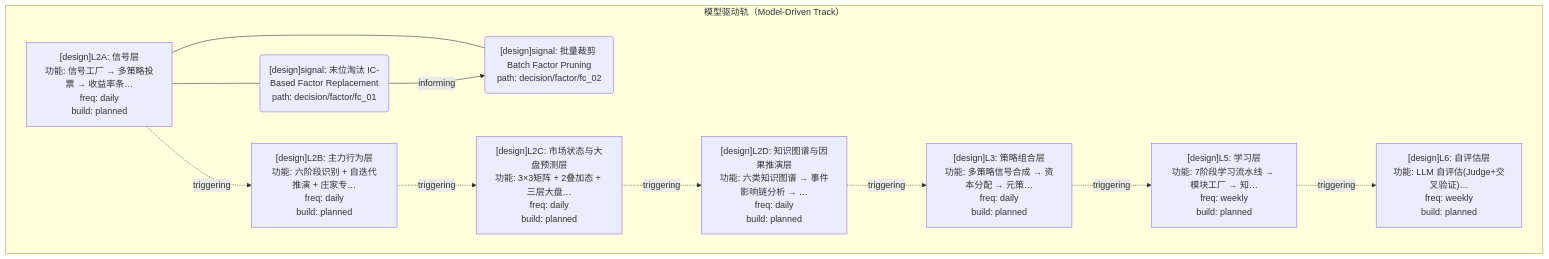
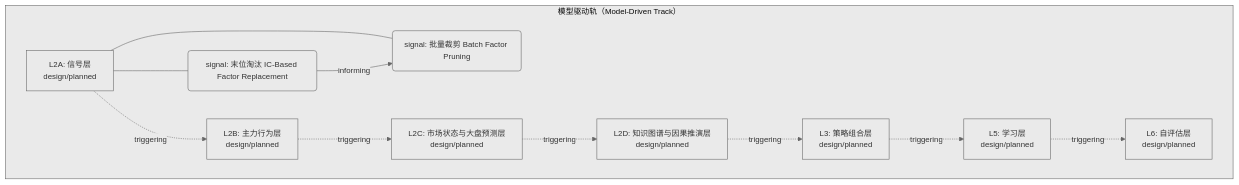
Before and after one commit to xuanFelixVan/ZephyrAlpha: the first of 2 diagrams in docs/02_enterprise_architecture/06_decision_architecture/07_decision_l2a_factor.md, drawn with Mermaid. The commit also changed other lines of this file and 23 other files, not shown here.

First line of the commit message:
fix(decision-diagram): mermaid 图加 subgraph 容器 + clusterBkg 主题变量

````diff
--- a/docs/02_enterprise_architecture/06_decision_architecture/07_decision_l2a_factor.md
+++ b/docs/02_enterprise_architecture/06_decision_architecture/07_decision_l2a_factor.md
@@ -21,23 +21,24 @@
 ```mermaid
+%%{init: {'theme': 'base', 'themeVariables': {'primaryColor': '#eaeaea', 'primaryTextColor': '#333333', 'primaryBorderColor': '#666666', 'lineColor': '#666666', 'clusterBkg': '#eaeaea', 'clusterBorder': '#666666', 'fontSize': '14px'}}}%%
 flowchart TD
     subgraph track_model_driven["模型驱动轨（Model-Driven Track）"]
-        LL2A["[design]L2A: 信号层<br/>功能: 信号工厂 → 多策略投票 → 收益率条…<br/>freq: daily<br/>build: planned"]
-        N190("[design]signal: 末位淘汰 IC-Based Factor Replacement<br/>path: decision/factor/fc_01")
+        LL2A["L2A: 信号层<br/>design/planned"]
+        N190("signal: 末位淘汰 IC-Based Factor Replacement")
         LL2A --- N190
-        N191("[design]signal: 批量裁剪 Batch Factor Pruning<br/>path: decision/factor/fc_02")
+        N191("signal: 批量裁剪 Batch Factor Pruning")
         LL2A --- N191
-        LL2B["[design]L2B: 主力行为层<br/>功能: 六阶段识别 + 自迭代推演 + 庄家专…<br/>freq: daily<br/>build: planned"]
-        LL2C["[design]L2C: 市场状态与大盘预测层<br/>功能: 3×3矩阵 + 2叠加态 + 三层大盘…<br/>freq: daily<br/>build: planned"]
-        LL2D["[design]L2D: 知识图谱与因果推演层<br/>功能: 六类知识图谱 → 事件影响链分析 → …<br/>freq: daily<br/>build: planned"]
-        LL3["[design]L3: 策略组合层<br/>功能: 多策略信号合成 → 资本分配 → 元策…<br/>freq: daily<br/>build: planned"]
-        LL5["[design]L5: 学习层<br/>功能: 7阶段学习流水线 → 模块工厂 → 知…<br/>freq: weekly<br/>build: planned"]
-        LL6["[design]L6: 自评估层<br/>功能: LLM 自评估(Judge+交叉验证)…<br/>freq: weekly<br/>build: planned"]
+        LL2B["L2B: 主力行为层<br/>design/planned"]
+        LL2C["L2C: 市场状态与大盘预测层<br/>design/planned"]
+        LL2D["L2D: 知识图谱与因果推演层<br/>design/planned"]
+        LL3["L3: 策略组合层<br/>design/planned"]
+        LL5["L5: 学习层<br/>design/planned"]
+        LL6["L6: 自评估层<br/>design/planned"]
     end
     LL2A -.->|triggering| LL2B
     LL2B -.->|triggering| LL2C
     LL2C -.->|triggering| LL2D
     LL2D -.->|triggering| LL3
     LL3 -.->|triggering| LL5
     LL5 -.->|triggering| LL6
     N190 -->|informing| N191
 ```
````
